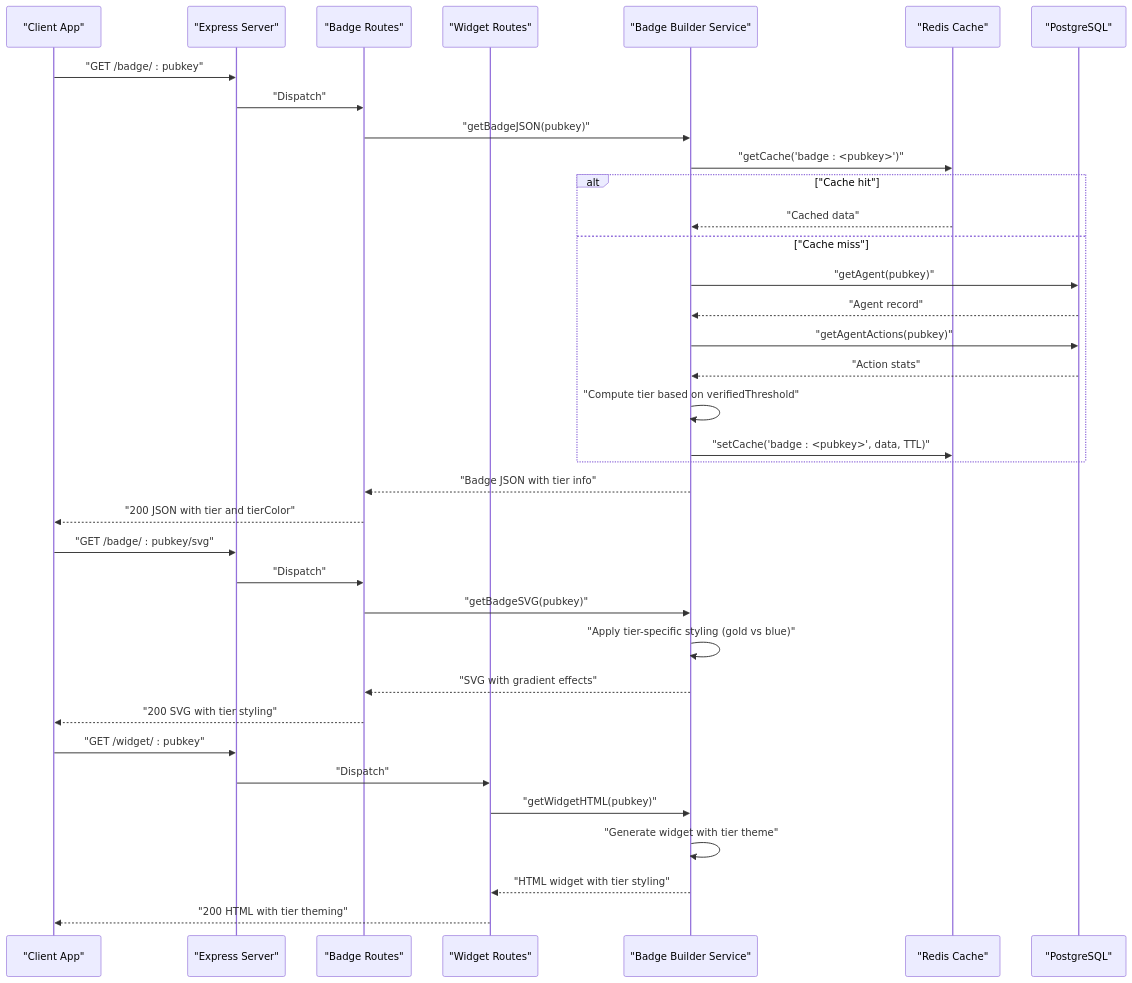
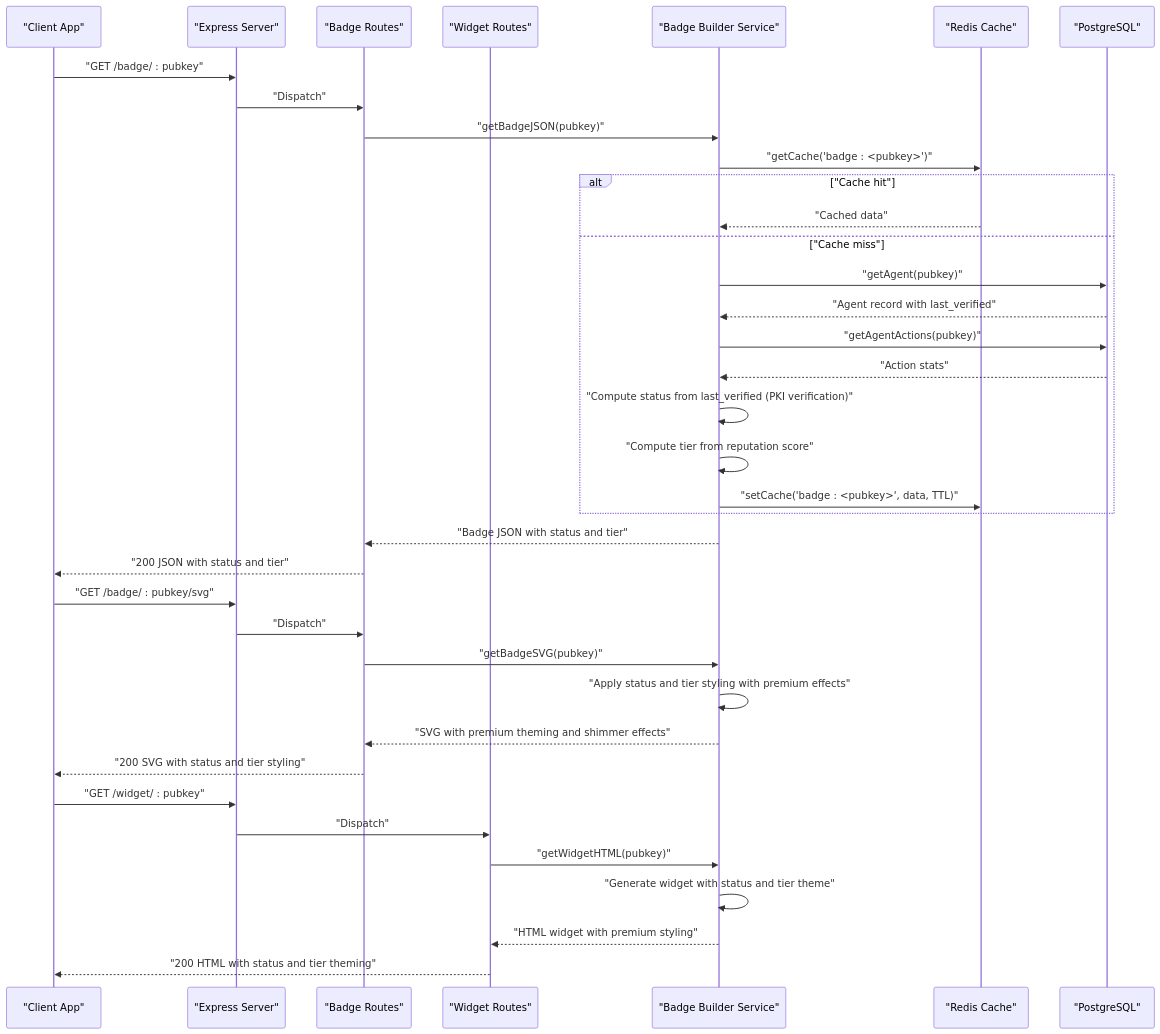
One commit to RunTimeAdmin/AgentID changed the second of 3 diagrams in .qoder/repowiki/en/content/Project Overview/Core Components/Trust Badge API and Widget System.md. Above: the diagram before and after it, drawn with Mermaid. The commit also changed other lines of this file and 31 other files, not shown here.

````diff
--- a/.qoder/repowiki/en/content/Project Overview/Core Components/Trust Badge API and Widget System.md
+++ b/.qoder/repowiki/en/content/Project Overview/Core Components/Trust Badge API and Widget System.md
@@ -137,38 +148,39 @@
 ```mermaid
 sequenceDiagram
 participant Client as "Client App"
 participant API as "Express Server"
 participant BadgeRoutes as "Badge Routes"
 participant WidgetRoutes as "Widget Routes"
 participant BadgeSvc as "Badge Builder Service"
 participant Redis as "Redis Cache"
 participant DB as "PostgreSQL"
 Client->>API : "GET /badge/ : pubkey"
 API->>BadgeRoutes : "Dispatch"
 BadgeRoutes->>BadgeSvc : "getBadgeJSON(pubkey)"
 BadgeSvc->>Redis : "getCache('badge : <pubkey>')"
 alt "Cache hit"
 Redis-->>BadgeSvc : "Cached data"
 else "Cache miss"
 BadgeSvc->>DB : "getAgent(pubkey)"
-DB-->>BadgeSvc : "Agent record"
+DB-->>BadgeSvc : "Agent record with last_verified"
 BadgeSvc->>DB : "getAgentActions(pubkey)"
 DB-->>BadgeSvc : "Action stats"
-BadgeSvc->>BadgeSvc : "Compute tier based on verifiedThreshold"
+BadgeSvc->>BadgeSvc : "Compute status from last_verified (PKI verification)"
+BadgeSvc->>BadgeSvc : "Compute tier from reputation score"
 BadgeSvc->>Redis : "setCache('badge : <pubkey>', data, TTL)"
 end
-BadgeSvc-->>BadgeRoutes : "Badge JSON with tier info"
-BadgeRoutes-->>Client : "200 JSON with tier and tierColor"
+BadgeSvc-->>BadgeRoutes : "Badge JSON with status and tier"
+BadgeRoutes-->>Client : "200 JSON with status and tier"
 Client->>API : "GET /badge/ : pubkey/svg"
 API->>BadgeRoutes : "Dispatch"
 BadgeRoutes->>BadgeSvc : "getBadgeSVG(pubkey)"
-BadgeSvc->>BadgeSvc : "Apply tier-specific styling (gold vs blue)"
-BadgeSvc-->>BadgeRoutes : "SVG with gradient effects"
-BadgeRoutes-->>Client : "200 SVG with tier styling"
+BadgeSvc->>BadgeSvc : "Apply status and tier styling with premium effects"
+BadgeSvc-->>BadgeRoutes : "SVG with premium theming and shimmer effects"
+BadgeRoutes-->>Client : "200 SVG with status and tier styling"
 Client->>API : "GET /widget/ : pubkey"
 API->>WidgetRoutes : "Dispatch"
 WidgetRoutes->>BadgeSvc : "getWidgetHTML(pubkey)"
-BadgeSvc->>BadgeSvc : "Generate widget with tier theme"
-BadgeSvc-->>WidgetRoutes : "HTML widget with tier styling"
-WidgetRoutes-->>Client : "200 HTML with tier theming"
+BadgeSvc->>BadgeSvc : "Generate widget with status and tier theme"
+BadgeSvc-->>WidgetRoutes : "HTML widget with premium styling"
+WidgetRoutes-->>Client : "200 HTML with status and tier theming"
 ```
````
